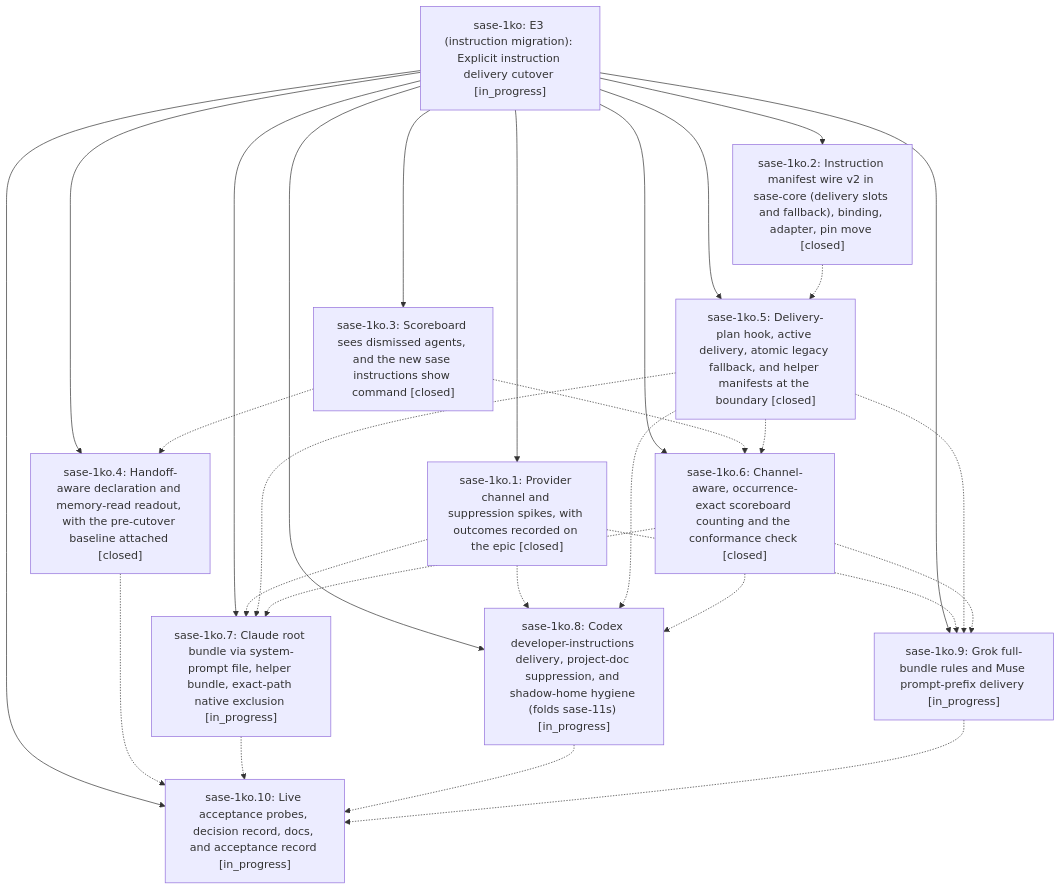
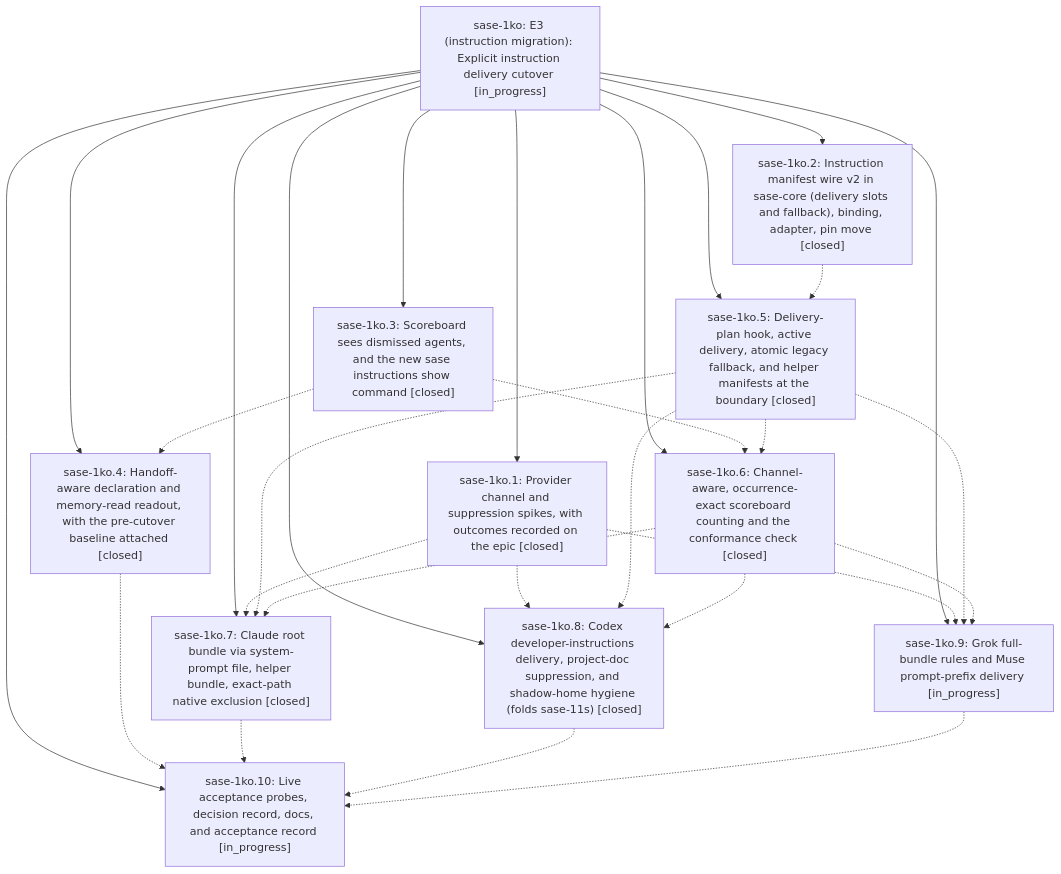
One commit to sase-org/sase--beads changed the diagram in pages/sase-1ko/README.md. Above: the diagram before and after it, drawn with Mermaid. The commit also changed other lines of this file and 7 other files, not shown here.

````diff
--- a/pages/sase-1ko/README.md
+++ b/pages/sase-1ko/README.md
@@ -72,41 +76,41 @@
 ```mermaid
 flowchart TD
     n0["sase-1ko: E3 (instruction migration): Explicit instruction delivery cutover [in_progress]"]
     n1["sase-1ko.1: Provider channel and suppression spikes, with outcomes recorded on the epic [closed]"]
     n2["sase-1ko.10: Live acceptance probes, decision record, docs, and acceptance record [in_progress]"]
     n3["sase-1ko.2: Instruction manifest wire v2 in sase-core (delivery slots and fallback), binding, adapter, pin move [closed]"]
     n4["sase-1ko.3: Scoreboard sees dismissed agents, and the new sase instructions show command [closed]"]
     n5["sase-1ko.4: Handoff-aware declaration and memory-read readout, with the pre-cutover baseline attached [closed]"]
     n6["sase-1ko.5: Delivery-plan hook, active delivery, atomic legacy fallback, and helper manifests at the boundary [closed]"]
     n7["sase-1ko.6: Channel-aware, occurrence-exact scoreboard counting and the conformance check [closed]"]
-    n8["sase-1ko.7: Claude root bundle via system-prompt file, helper bundle, exact-path native exclusion [in_progress]"]
-    n9["sase-1ko.8: Codex developer-instructions delivery, project-doc suppression, and shadow-home hygiene (folds sase-11s) [in_progress]"]
+    n8["sase-1ko.7: Claude root bundle via system-prompt file, helper bundle, exact-path native exclusion [closed]"]
+    n9["sase-1ko.8: Codex developer-instructions delivery, project-doc suppression, and shadow-home hygiene (folds sase-11s) [closed]"]
     n10["sase-1ko.9: Grok full-bundle rules and Muse prompt-prefix delivery [in_progress]"]
     n0 --> n1
     n0 --> n2
     n0 --> n3
     n0 --> n4
     n0 --> n5
     n0 --> n6
     n0 --> n7
     n0 --> n8
     n0 --> n9
     n0 --> n10
     n1 -.-> n8
     n1 -.-> n9
     n1 -.-> n10
     n3 -.-> n6
     n4 -.-> n5
     n4 -.-> n7
     n5 -.-> n2
     n6 -.-> n7
     n6 -.-> n8
     n6 -.-> n9
     n6 -.-> n10
     n7 -.-> n8
     n7 -.-> n9
     n7 -.-> n10
     n8 -.-> n2
     n9 -.-> n2
     n10 -.-> n2
 ```
````
